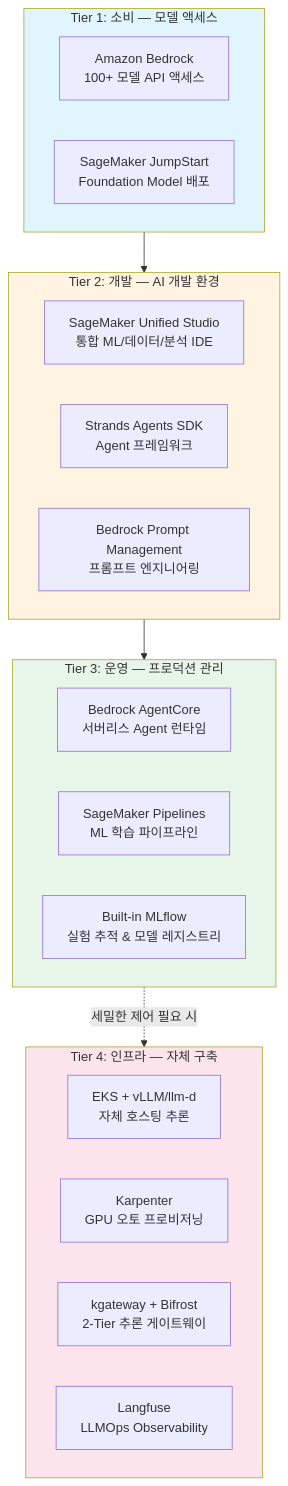
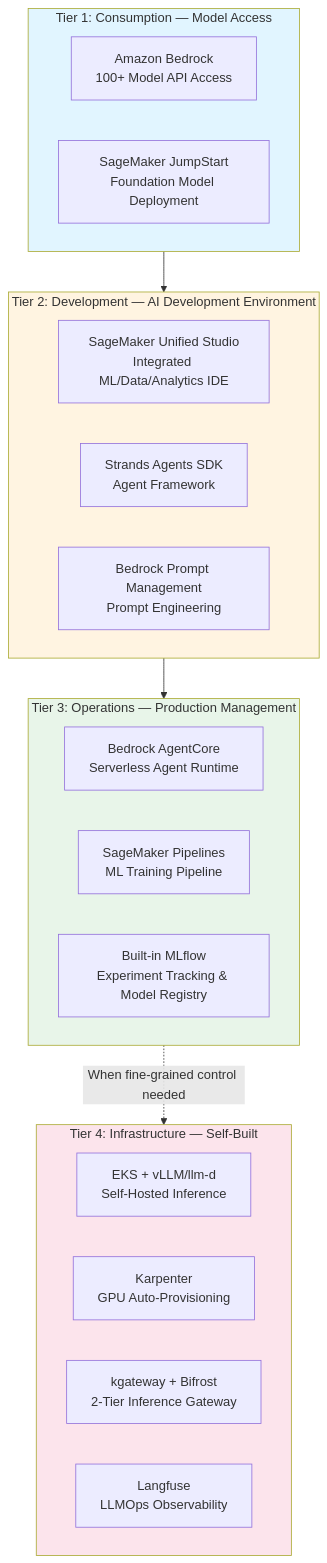
Before and after one commit to devfloor9/engineering-playbook: the first of 7 diagrams in docs/agentic-ai-platform/design-architecture/platform-selection/ai-platform-decision-framework.md, drawn with Mermaid. The commit also changed other lines of this file and 954 other files, not shown here.

````diff
--- a/docs/agentic-ai-platform/design-architecture/platform-selection/ai-platform-decision-framework.md
+++ b/docs/agentic-ai-platform/design-architecture/platform-selection/ai-platform-decision-framework.md
@@ -52,35 +52,35 @@
 ```mermaid
 graph TB
-    subgraph Tier1["Tier 1: 소비 — 모델 액세스"]
-        T1A["Amazon Bedrock<br/>100+ 모델 API 액세스"]
-        T1B["SageMaker JumpStart<br/>Foundation Model 배포"]
+    subgraph Tier1["Tier 1: Consumption — Model Access"]
+        T1A["Amazon Bedrock<br/>100+ Model API Access"]
+        T1B["SageMaker JumpStart<br/>Foundation Model Deployment"]
     end
     
-    subgraph Tier2["Tier 2: 개발 — AI 개발 환경"]
-        T2A["SageMaker Unified Studio<br/>통합 ML/데이터/분석 IDE"]
-        T2B["Strands Agents SDK<br/>Agent 프레임워크"]
-        T2C["Bedrock Prompt Management<br/>프롬프트 엔지니어링"]
+    subgraph Tier2["Tier 2: Development — AI Development Environment"]
+        T2A["SageMaker Unified Studio<br/>Integrated ML/Data/Analytics IDE"]
+        T2B["Strands Agents SDK<br/>Agent Framework"]
+        T2C["Bedrock Prompt Management<br/>Prompt Engineering"]
     end
     
-    subgraph Tier3["Tier 3: 운영 — 프로덕션 관리"]
-        T3A["Bedrock AgentCore<br/>서버리스 Agent 런타임"]
-        T3B["SageMaker Pipelines<br/>ML 학습 파이프라인"]
-        T3C["Built-in MLflow<br/>실험 추적 & 모델 레지스트리"]
+    subgraph Tier3["Tier 3: Operations — Production Management"]
+        T3A["Bedrock AgentCore<br/>Serverless Agent Runtime"]
+        T3B["SageMaker Pipelines<br/>ML Training Pipeline"]
+        T3C["Built-in MLflow<br/>Experiment Tracking & Model Registry"]
     end
     
-    subgraph Tier4["Tier 4: 인프라 — 자체 구축"]
-        T4A["EKS + vLLM/llm-d<br/>자체 호스팅 추론"]
-        T4B["Karpenter<br/>GPU 오토 프로비저닝"]
-        T4C["kgateway + Bifrost<br/>2-Tier 추론 게이트웨이"]
+    subgraph Tier4["Tier 4: Infrastructure — Self-Built"]
+        T4A["EKS + vLLM/llm-d<br/>Self-Hosted Inference"]
+        T4B["Karpenter<br/>GPU Auto-Provisioning"]
+        T4C["kgateway + Bifrost<br/>2-Tier Inference Gateway"]
         T4D["Langfuse<br/>LLMOps Observability"]
     end
     
     Tier1 --> Tier2
     Tier2 --> Tier3
-    Tier3 -.->|"세밀한 제어 필요 시"| Tier4
+    Tier3 -.->|"When fine-grained control needed"| Tier4
     
     style Tier1 fill:#e1f5ff
     style Tier2 fill:#fff4e1
     style Tier3 fill:#e8f5e9
     style Tier4 fill:#fce4ec
 ```
````
